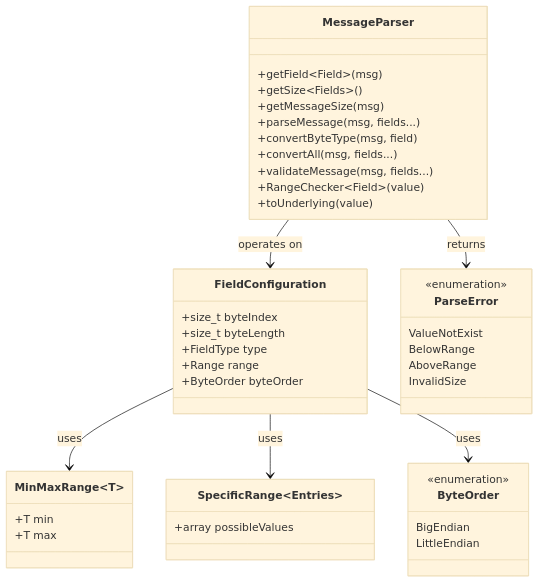
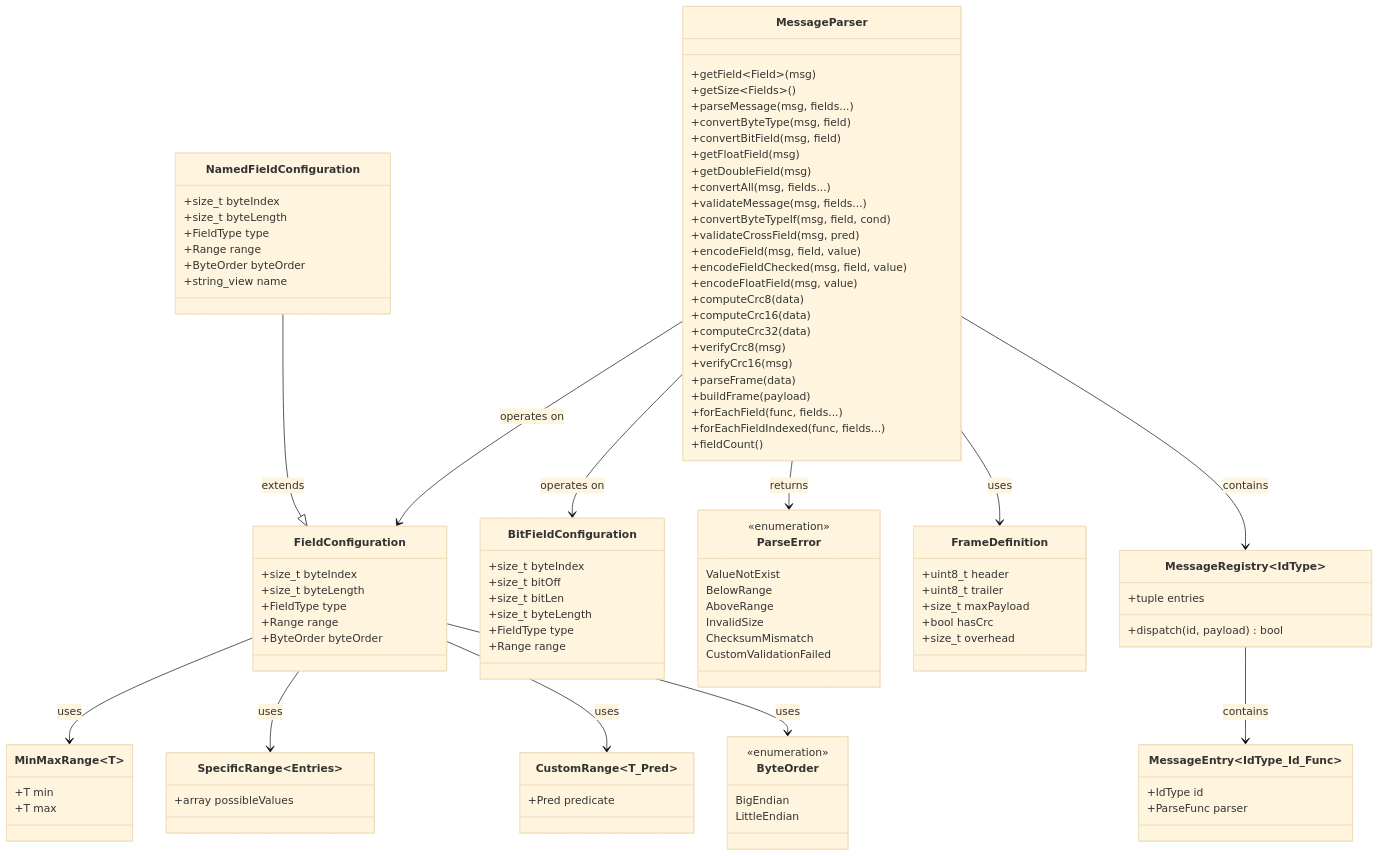
One commit to StephanKa/TypeSafeMessageParser changed the second of 8 diagrams in docs/architecture.rst. Above: the diagram before and after it, drawn with Mermaid (base theme). The commit also changed other lines of this file and 6 other files, not shown here.

```diff
--- a/docs/architecture.rst
+++ b/docs/architecture.rst
@@ -61,6 +89,24 @@
            +ByteOrder byteOrder
        }
 
+       class BitFieldConfiguration {
+           +size_t byteIndex
+           +size_t bitOff
+           +size_t bitLen
+           +size_t byteLength
+           +FieldType type
+           +Range range
+       }
+
+       class NamedFieldConfiguration {
+           +size_t byteIndex
+           +size_t byteLength
+           +FieldType type
+           +Range range
+           +ByteOrder byteOrder
+           +string_view name
+       }
+
        class MinMaxRange~T~ {
            +T min
            +T max
@@ -70,12 +116,18 @@
            +array possibleValues
        }
 
+       class CustomRange~T_Pred~ {
+           +Pred predicate
+       }
+
        class ParseError {
            <<enumeration>>
            ValueNotExist
            BelowRange
            AboveRange
            InvalidSize
+           ChecksumMismatch
+           CustomValidationFailed
        }
 
        class ByteOrder {
@@ -84,20 +136,59 @@
            LittleEndian
        }
 
+       class FrameDefinition {
+           +uint8_t header
+           +uint8_t trailer
+           +size_t maxPayload
+           +bool hasCrc
+           +size_t overhead
+       }
+
+       class MessageRegistry~IdType~ {
+           +tuple entries
+           +dispatch(id, payload) bool
+       }
+
+       class MessageEntry~IdType_Id_Func~ {
+           +IdType id
+           +ParseFunc parser
+       }
+
        class MessageParser {
            +getField~Field~(msg)
            +getSize~Fields~()
-           +getMessageSize(msg)
            +parseMessage(msg, fields...)
            +convertByteType(msg, field)
+           +convertBitField(msg, field)
+           +getFloatField(msg)
+           +getDoubleField(msg)
            +convertAll(msg, fields...)
            +validateMessage(msg, fields...)
-           +RangeChecker~Field~(value)
-           +toUnderlying(value)
+           +convertByteTypeIf(msg, field, cond)
+           +validateCrossField(msg, pred)
+           +encodeField(msg, field, value)
+           +encodeFieldChecked(msg, field, value)
+           +encodeFloatField(msg, value)
+           +computeCrc8(data)
+           +computeCrc16(data)
+           +computeCrc32(data)
+           +verifyCrc8(msg)
+           +verifyCrc16(msg)
+           +parseFrame(data)
+           +buildFrame(payload)
+           +forEachField(func, fields...)
+           +forEachFieldIndexed(func, fields...)
+           +fieldCount()
        }
 
        FieldConfiguration --> MinMaxRange : uses
        FieldConfiguration --> SpecificRange : uses
+       FieldConfiguration --> CustomRange : uses
        FieldConfiguration --> ByteOrder : uses
+       NamedFieldConfiguration --|> FieldConfiguration : extends
        MessageParser --> FieldConfiguration : operates on
+       MessageParser --> BitFieldConfiguration : operates on
        MessageParser --> ParseError : returns
+       MessageParser --> FrameDefinition : uses
+       MessageParser --> MessageRegistry : contains
+       MessageRegistry --> MessageEntry : contains
```
